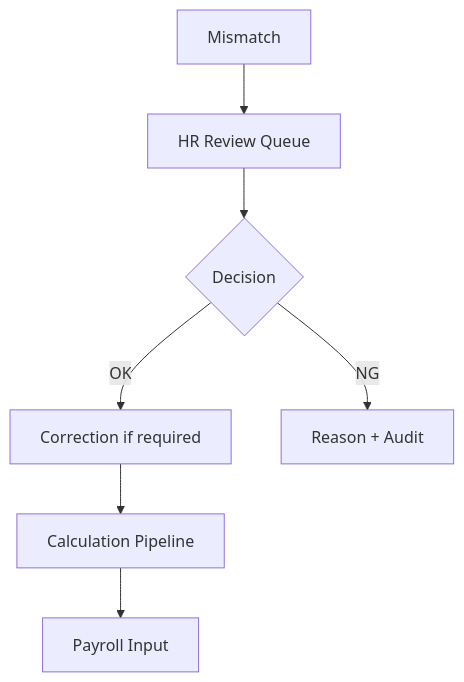
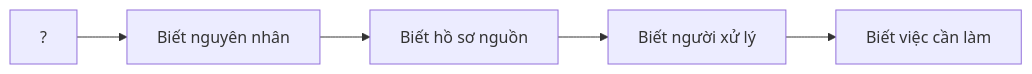
The sixth of 15 diagrams in MÔ HÌNH/DOCUMENTATION/07_PRESENTATION.md (Nang0559/Reggister), drawn with Mermaid before and after one commit. The commit also changed other lines of this file and 256 other files, not shown here.

````diff
--- a/MÔ HÌNH/DOCUMENTATION/07_PRESENTATION.md
+++ b/MÔ HÌNH/DOCUMENTATION/07_PRESENTATION.md
@@ -253,9 +241,7 @@
 ```mermaid
-flowchart TD
-    M[Mismatch] --> Q[HR Review Queue]
-    Q --> D{Decision}
-    D -->|OK| CORR[Correction if required]
-    D -->|NG| NG[Reason + Audit]
-    CORR --> CALC[Calculation Pipeline]
-    CALC --> PAY[Payroll Input]
+flowchart LR
+    A[?] --> B[Biết nguyên nhân]
+    B --> C[Biết hồ sơ nguồn]
+    C --> D[Biết người xử lý]
+    D --> E[Biết việc cần làm]
 ```
````
